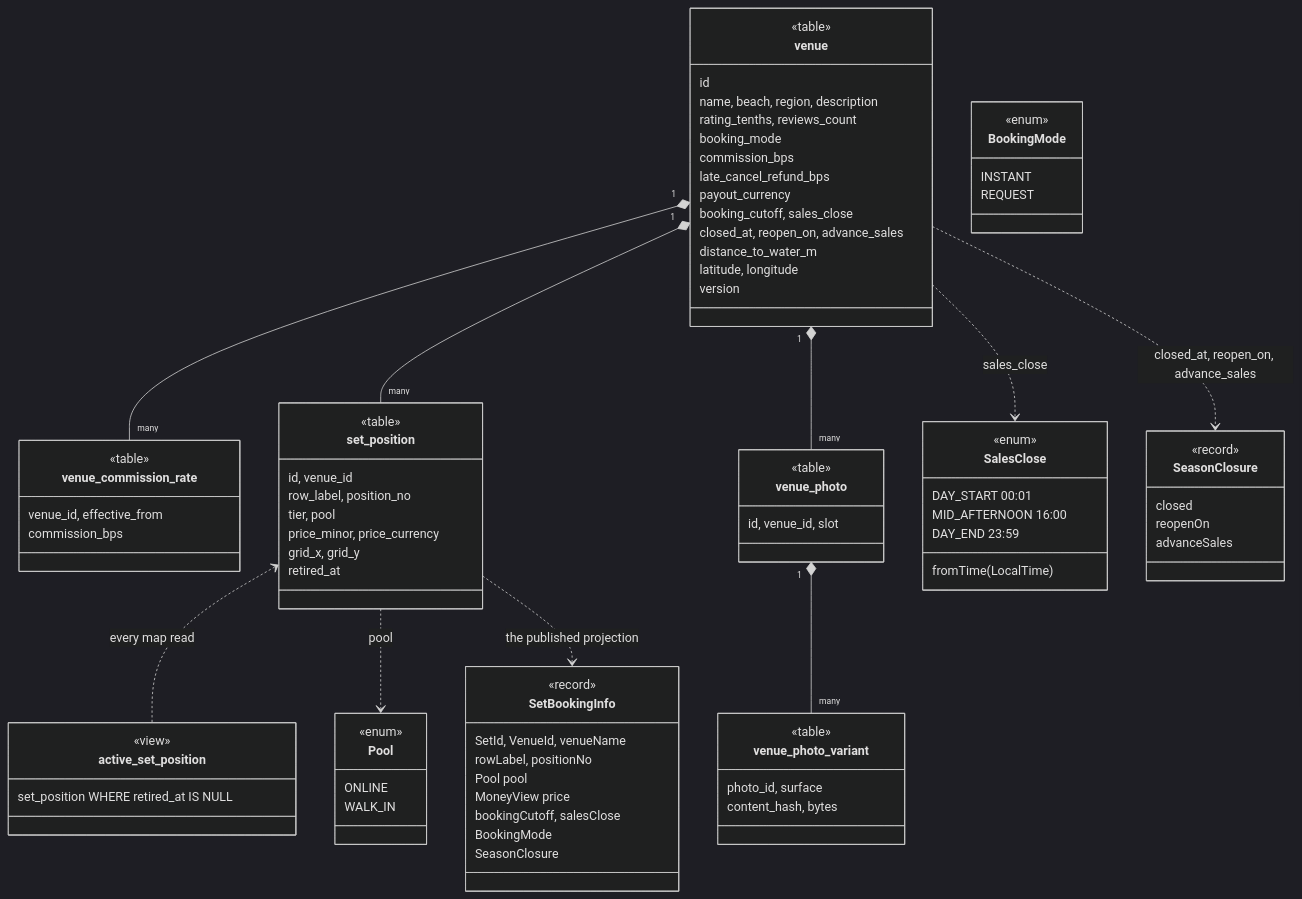
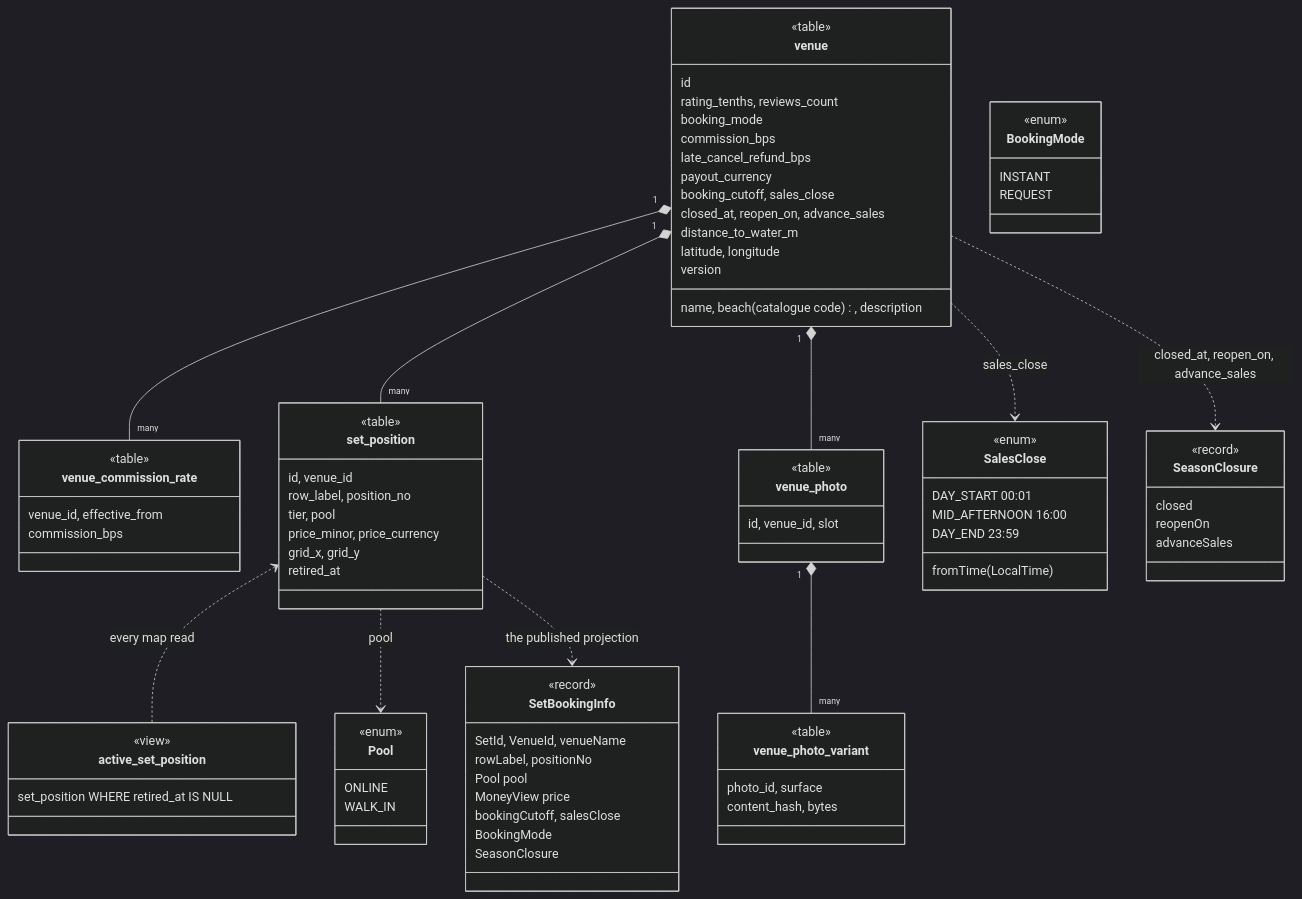
The third of 15 diagrams in docs/architecture/domain-model.md (ivopogace/riviera-sunbed-booking), drawn with Mermaid (dark theme) before and after one commit. The commit also changed 180 other files, not shown here.

First line of the commit message:
Venue beach is a fixed catalogue; region derived; Discover filters move the riviera map (#1141)

```diff
--- a/docs/architecture/domain-model.md
+++ b/docs/architecture/domain-model.md
@@ -182,7 +182,7 @@
     class venue {
         <<table>>
         id
-        name, beach, region, description
+        name, beach (catalogue code), description
         rating_tenths, reviews_count
         booking_mode
         commission_bps
```
